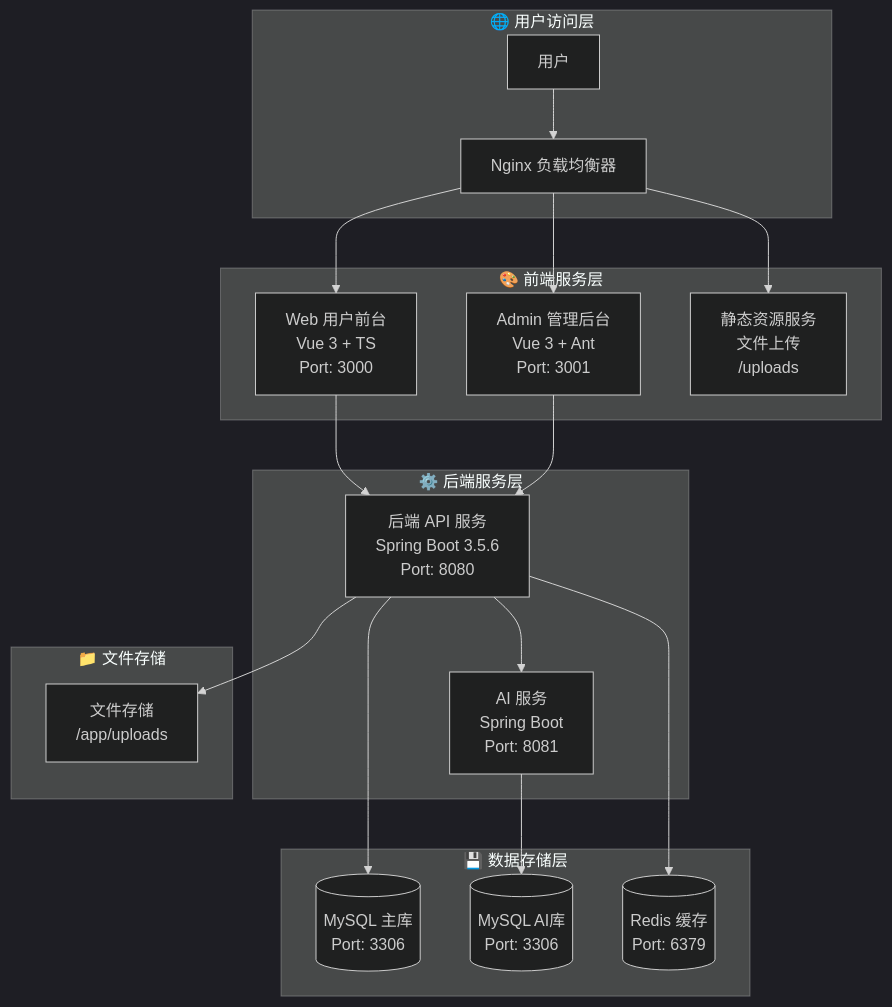
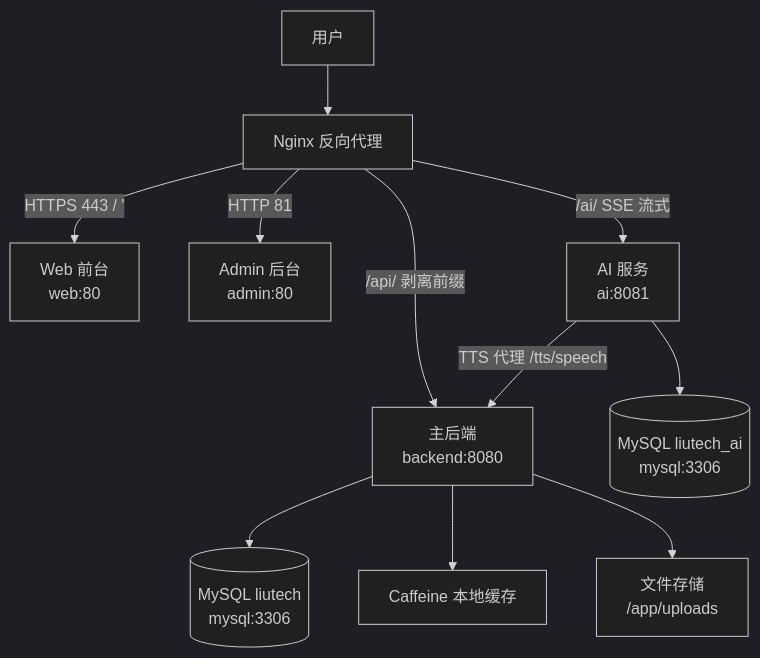
One commit to Liuxin4950/Liutech changed the diagram in README.md. Above: the diagram before and after it, drawn with Mermaid (dark theme). The commit also changed other lines of this file and 1 other file, not shown here.

````diff
--- a/README.md
+++ b/README.md
@@ -176,28 +64,13 @@
 ```mermaid
 graph TB
-    subgraph "🌐 用户访问层"
-        U[用户] --> LB[Nginx 负载均衡器]
-    end
-    
-    subgraph "🎨 前端服务层"
-        LB --> WEB[Web 用户前台<br/>Vue 3 + TS<br/>Port: 3000]
-        LB --> ADMIN[Admin 管理后台<br/>Vue 3 + Ant<br/>Port: 3001]
-        LB --> STATIC[静态资源服务<br/>文件上传<br/>/uploads]
-    end
-    
-    subgraph "⚙️ 后端服务层"
-        WEB --> API1[后端 API 服务<br/>Spring Boot 3.5.6<br/>Port: 8080]
-        ADMIN --> API1
-        API1 --> AI[AI 服务<br/>Spring Boot<br/>Port: 8081]
-    end
-    
-    subgraph "💾 数据存储层"
-        API1 --> DB1[(MySQL 主库<br/>Port: 3306)]
-        AI --> DB2[(MySQL AI库<br/>Port: 3306)]
-        API1 --> REDIS[(Redis 缓存<br/>Port: 6379)]
-    end
-    
-    subgraph "📁 文件存储"
-        API1 --> FILES[文件存储<br/>/app/uploads]
-    end
+    U[用户] --> NX[Nginx 反向代理]
+    NX -->|HTTPS 443 / '| WEB[Web 前台<br/>web:80]
+    NX -->|HTTP 81| ADMIN[Admin 后台<br/>admin:80]
+    NX -->|/api/ 剥离前缀| BE[主后端<br/>backend:8080]
+    NX -->|/ai/ SSE 流式| AI[AI 服务<br/>ai:8081]
+    BE --> DB[(MySQL liutech<br/>mysql:3306)]
+    AI --> DB2[(MySQL liutech_ai<br/>mysql:3306)]
+    BE --> CC[Caffeine 本地缓存]
+    AI -->|TTS 代理 /tts/speech| BE
+    BE --> FILES[文件存储<br/>/app/uploads]
 ```
````
